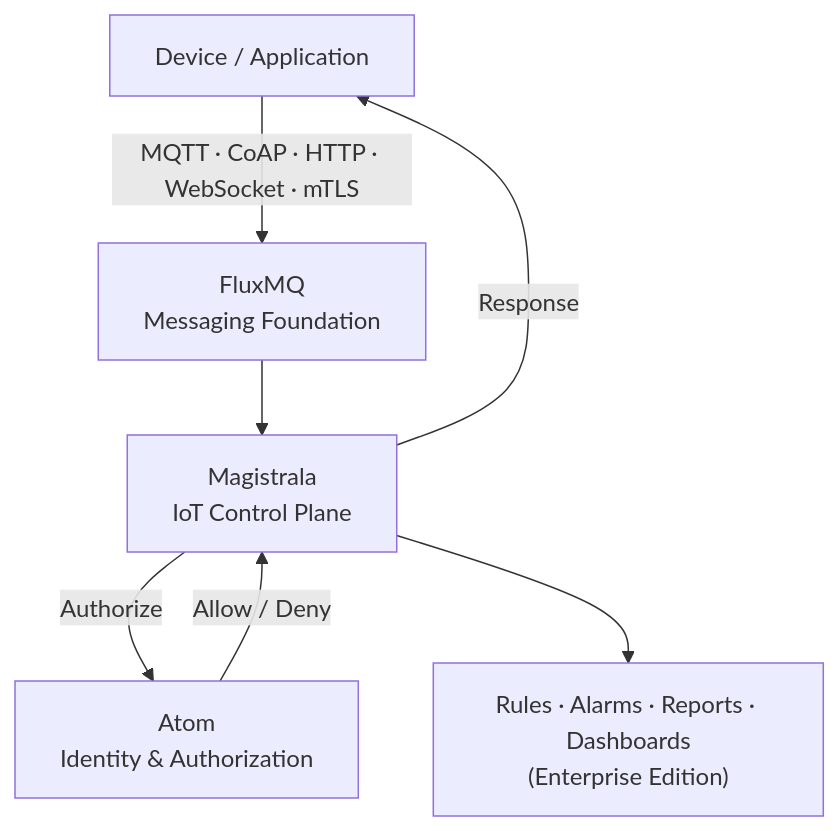
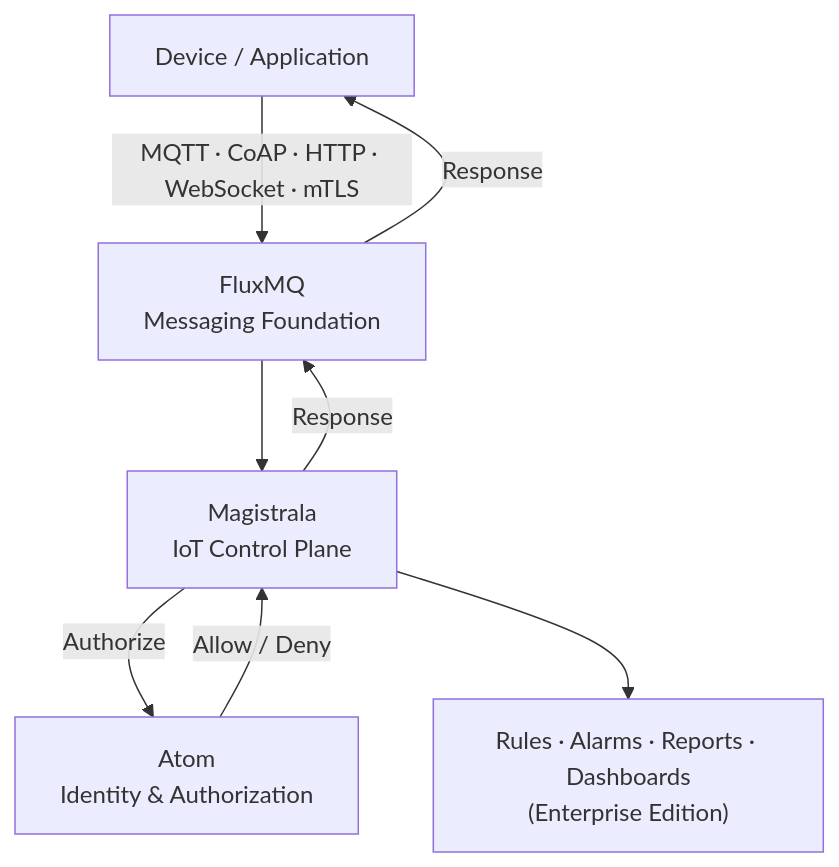
The diagram in src/content/blogs/magistrala-v1-0-0-release.md (absmach/website), drawn with Mermaid before and after one commit.

Commit message:
Fix architecture diagram: response flows back through FluxMQ
The response arrow went directly from Magistrala to the device,
bypassing FluxMQ. That contradicted the post's own framing that
FluxMQ moves all messages and Magistrala runs the control plane
around it. Response now routes Magistrala -> FluxMQ -> Device,
mirroring the request path.

````diff
--- a/src/content/blogs/magistrala-v1-0-0-release.md
+++ b/src/content/blogs/magistrala-v1-0-0-release.md
@@ -43,9 +43,10 @@
 ```mermaid
 flowchart TD
     Device["Device / Application"] -->|"MQTT · CoAP · HTTP · WebSocket · mTLS"| FLUXMQ["FluxMQ\nMessaging Foundation"]
     FLUXMQ --> MG["Magistrala\nIoT Control Plane"]
     MG -->|"Authorize"| ATOM["Atom\nIdentity & Authorization"]
     ATOM -->|"Allow / Deny"| MG
     MG --> EE["Rules · Alarms · Reports · Dashboards\n(Enterprise Edition)"]
-    MG -->|"Response"| Device
+    MG -->|"Response"| FLUXMQ
+    FLUXMQ -->|"Response"| Device
 ```
````
